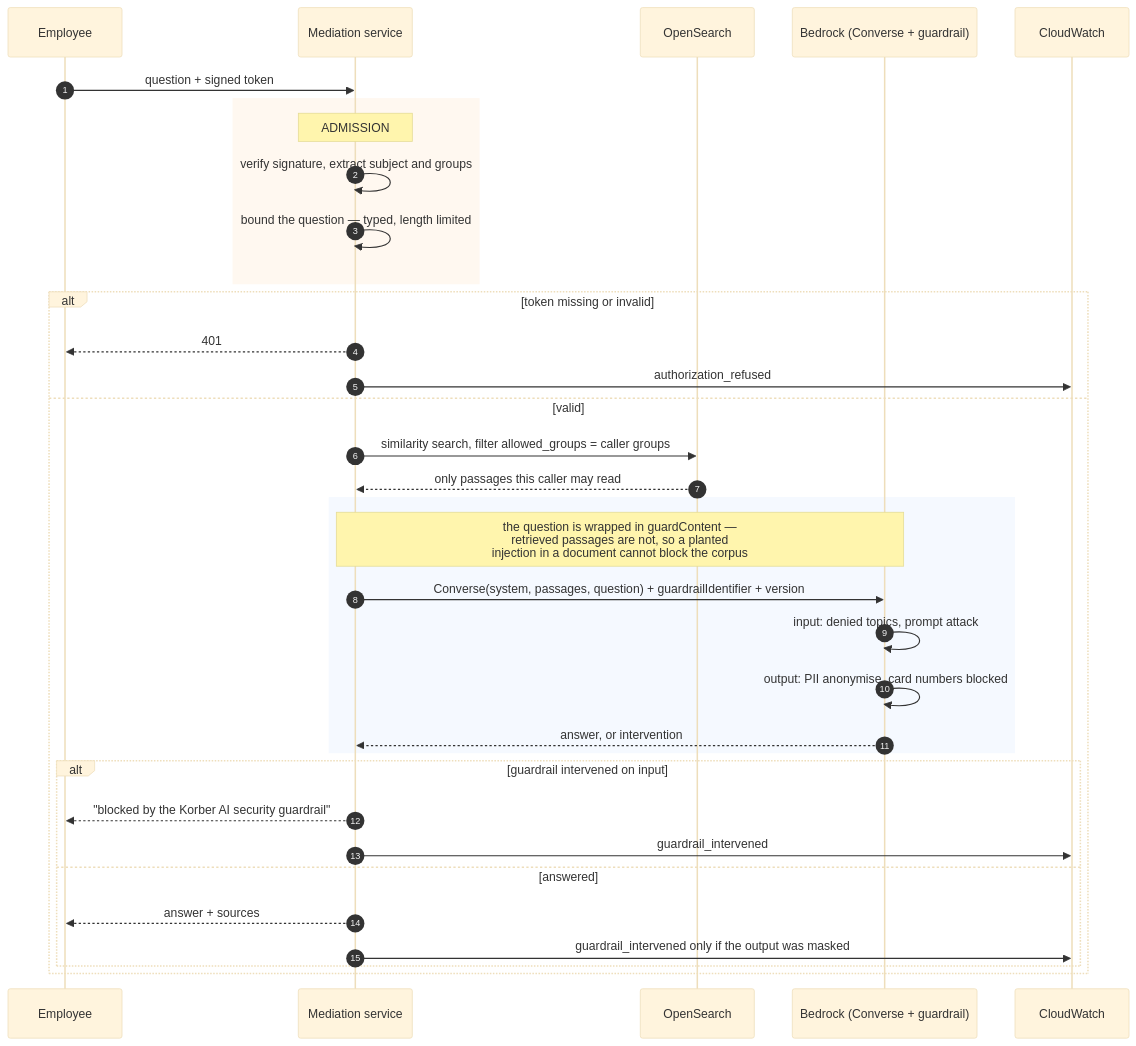
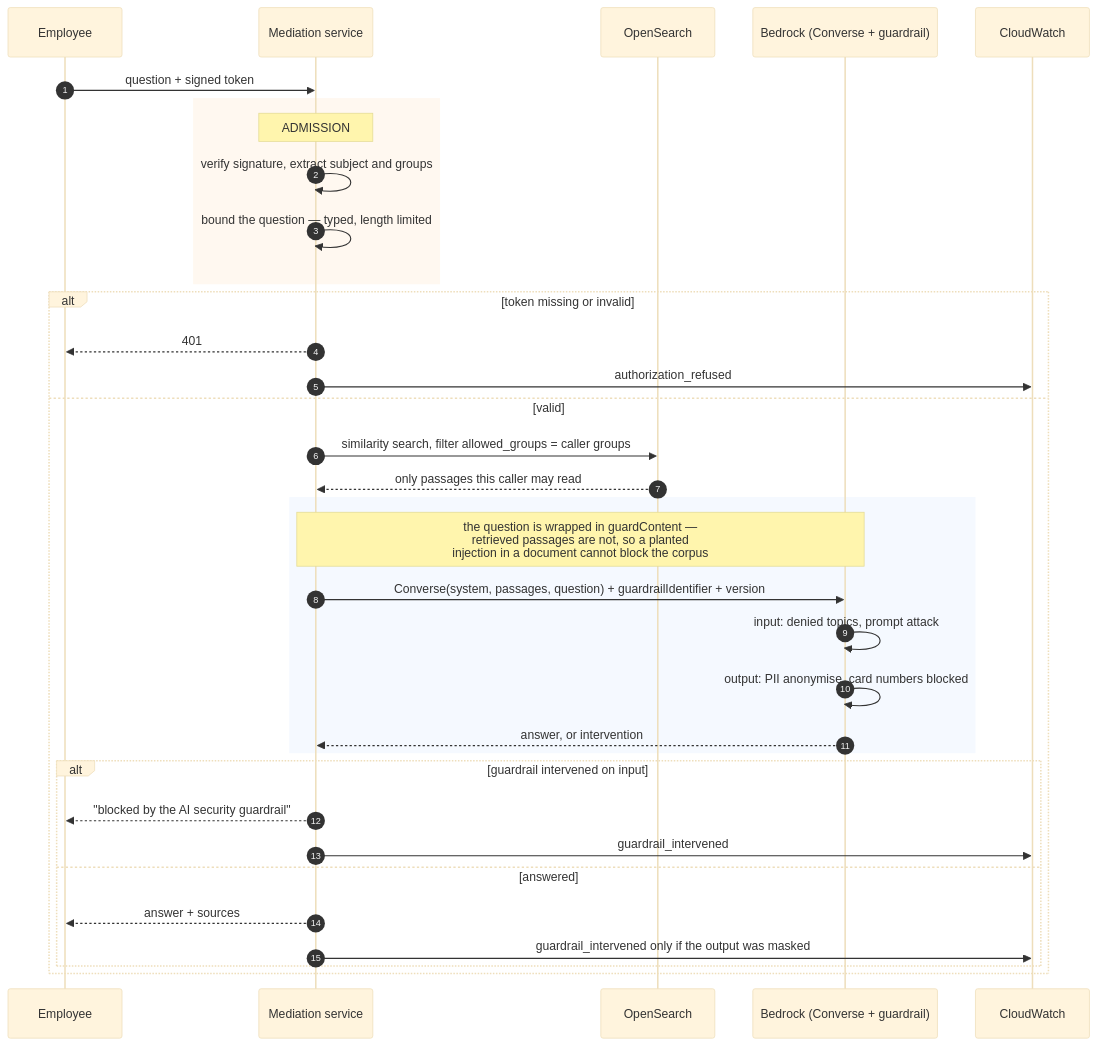
The second of 3 diagrams in docs/deliverables/diagram/architecture.md (spdy999/ai-sec), drawn with Mermaid (base theme) before and after one commit. The commit also changed 22 other files, not shown here.

````diff
--- a/docs/deliverables/diagram/architecture.md
+++ b/docs/deliverables/diagram/architecture.md
@@ -94,41 +94,41 @@
 ```mermaid
 sequenceDiagram
     autonumber
     participant U as Employee
     participant P as Mediation service
     participant V as OpenSearch
     participant B as Bedrock (Converse + guardrail)
     participant L as CloudWatch
 
     U->>P: question + signed token
 
     rect rgba(255, 244, 230, 0.6)
         note over P: ADMISSION
         P->>P: verify signature, extract subject and groups
         P->>P: bound the question — typed, length limited
     end
 
     alt token missing or invalid
         P-->>U: 401
         P->>L: authorization_refused
     else valid
         P->>V: similarity search, filter allowed_groups = caller groups
         V-->>P: only passages this caller may read
 
         rect rgba(238, 246, 255, 0.6)
             note over P,B: the question is wrapped in guardContent —<br/>retrieved passages are not, so a planted<br/>injection in a document cannot block the corpus
             P->>B: Converse(system, passages, question) + guardrailIdentifier + version
             B->>B: input: denied topics, prompt attack
             B->>B: output: PII anonymise, card numbers blocked
             B-->>P: answer, or intervention
         end
 
         alt guardrail intervened on input
-            P-->>U: "blocked by the Korber AI security guardrail"
+            P-->>U: "blocked by the AI security guardrail"
             P->>L: guardrail_intervened
         else answered
             P-->>U: answer + sources
             P->>L: guardrail_intervened only if the output was masked
         end
     end
 ```
````
